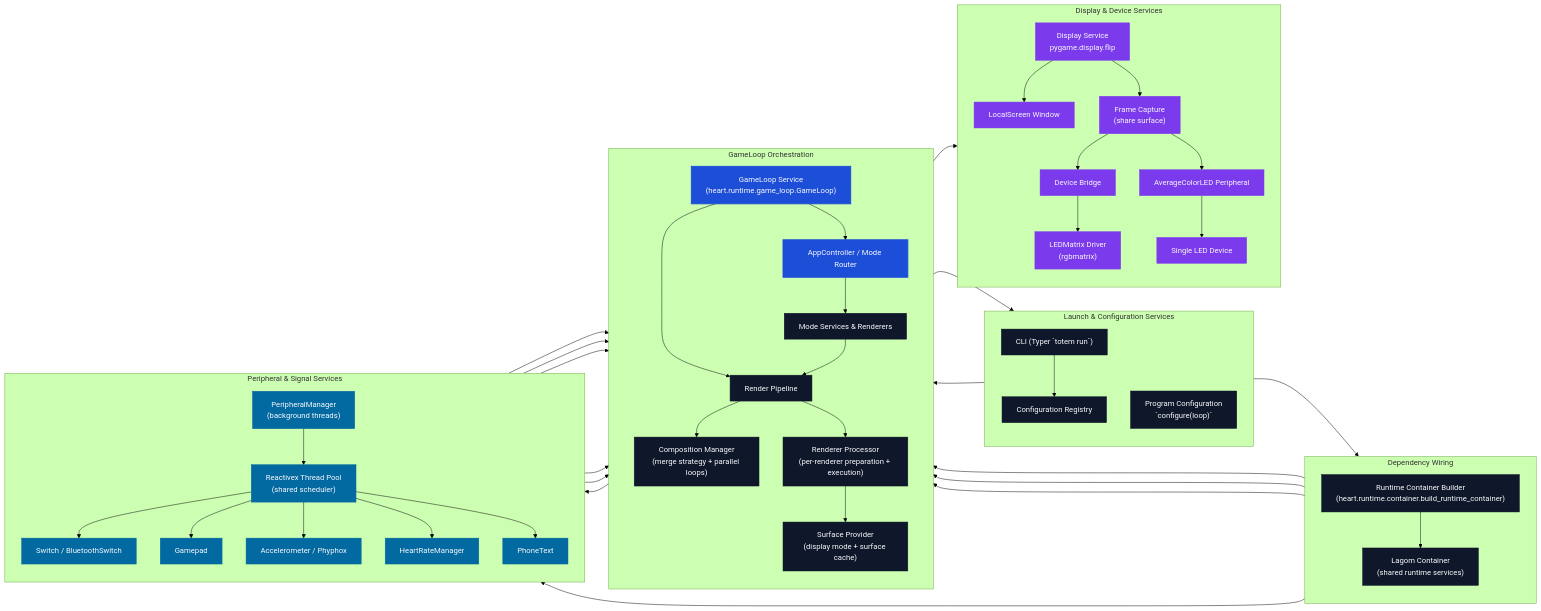
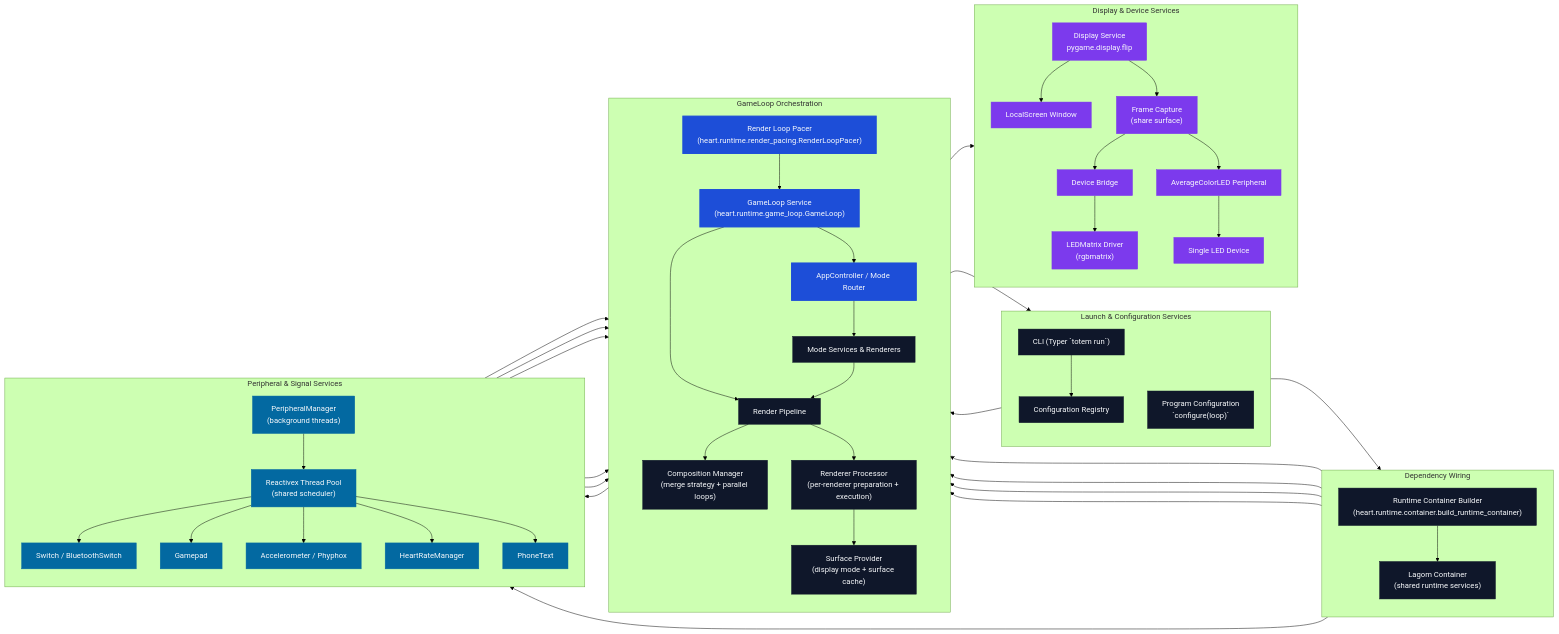
One commit to Organization5762/heart changed the diagram in docs/code_flow.md. Above: the diagram before and after it, drawn with Mermaid (forest theme). The commit also changed 4 other files, not shown here.

Commit message:
Integrate render loop pacer with runtime container

````diff
--- a/docs/code_flow.md
+++ b/docs/code_flow.md
@@ -19,79 +19,81 @@
 ```mermaid
 flowchart LR
     %% Visual classes for different service categories
     classDef orchestrator fill:#1d4ed8,stroke:#1d4ed8,color:#f8fafc,stroke-width:2px;
     classDef service fill:#0f172a,stroke:#0f172a,color:#f8fafc;
     classDef input fill:#0369a1,stroke:#0369a1,color:#f8fafc;
     classDef output fill:#7c3aed,stroke:#7c3aed,color:#f8fafc;
 
     subgraph Launch["Launch & Configuration Services"]
         direction TB
         CLI["CLI (Typer `totem run`)"]
         Registry["Configuration Registry"]
         Configurer["Program Configuration\n`configure(loop)`"]
     end
 
     subgraph Wiring["Dependency Wiring"]
         direction TB
         ContainerBuilder["Runtime Container Builder\n(heart.runtime.container.build_runtime_container)"]
         RuntimeContainer["Lagom Container\n(shared runtime services)"]
     end
 
     subgraph Runtime["GameLoop Orchestration"]
         direction TB
         Loop["GameLoop Service\n(heart.runtime.game_loop.GameLoop)"]
+        RenderPacer["Render Loop Pacer\n(heart.runtime.render_pacing.RenderLoopPacer)"]
         AppRouter["AppController / Mode Router"]
         ModeServices["Mode Services & Renderers"]
         RenderPipeline["Render Pipeline"]
         SurfaceProvider["Surface Provider\n(display mode + surface cache)"]
         RendererProcessor["Renderer Processor\n(per-renderer preparation + execution)"]
         CompositionManager["Composition Manager\n(merge strategy + parallel loops)"]
     end
 
     subgraph Inputs["Peripheral & Signal Services"]
         direction TB
         PeripheralMgr["PeripheralManager\n(background threads)"]
         RxScheduler["Reactivex Thread Pool\n(shared scheduler)"]
         Switch["Switch / BluetoothSwitch"]
         Gamepad["Gamepad"]
         Sensors["Accelerometer / Phyphox"]
         HeartRate["HeartRateManager"]
         PhoneText["PhoneText"]
     end
 
     subgraph Outputs["Display & Device Services"]
         direction TB
         DisplaySvc["Display Service\npygame.display.flip"]
         LocalScreen["LocalScreen Window"]
         Capture["Frame Capture\n(share surface)"]
         DeviceBridge["Device Bridge"]
         LedMatrix["LEDMatrix Driver\n(rgbmatrix)"]
         AverageMirror["AverageColorLED Peripheral"]
         SingleLED["Single LED Device"]
     end
 
     CLI --> Registry --> ContainerBuilder --> RuntimeContainer --> Loop
+    RuntimeContainer --> RenderPacer --> Loop
     Loop --> Configurer --> AppRouter
     Loop --> AppRouter
     RuntimeContainer --> AppRouter
     RuntimeContainer --> RenderPipeline
     RuntimeContainer --> PeripheralMgr
     Loop --> RenderPipeline
     AppRouter --> ModeServices --> RenderPipeline --> CompositionManager --> DisplaySvc
     RenderPipeline --> RendererProcessor --> SurfaceProvider
     DisplaySvc --> LocalScreen
     DisplaySvc --> Capture --> DeviceBridge --> LedMatrix
     Capture --> AverageMirror --> SingleLED
 
     Loop --> PeripheralMgr --> RxScheduler
     RxScheduler --> Switch --> AppRouter
     RxScheduler --> Gamepad --> AppRouter
     RxScheduler --> Sensors --> AppRouter
     RxScheduler --> HeartRate --> AppRouter
     RxScheduler --> PhoneText --> AppRouter
 
     class CLI,Registry,Configurer,ContainerBuilder,RuntimeContainer,ModeServices,RenderPipeline,RendererProcessor,SurfaceProvider,CompositionManager service;
-    class Loop,AppRouter orchestrator;
+    class Loop,AppRouter,RenderPacer orchestrator;
     class PeripheralMgr,RxScheduler,Switch,Gamepad,Sensors,HeartRate,PhoneText input;
     class DisplaySvc,LocalScreen,Capture,DeviceBridge,LedMatrix,AverageMirror,SingleLED output;
 ```
````
